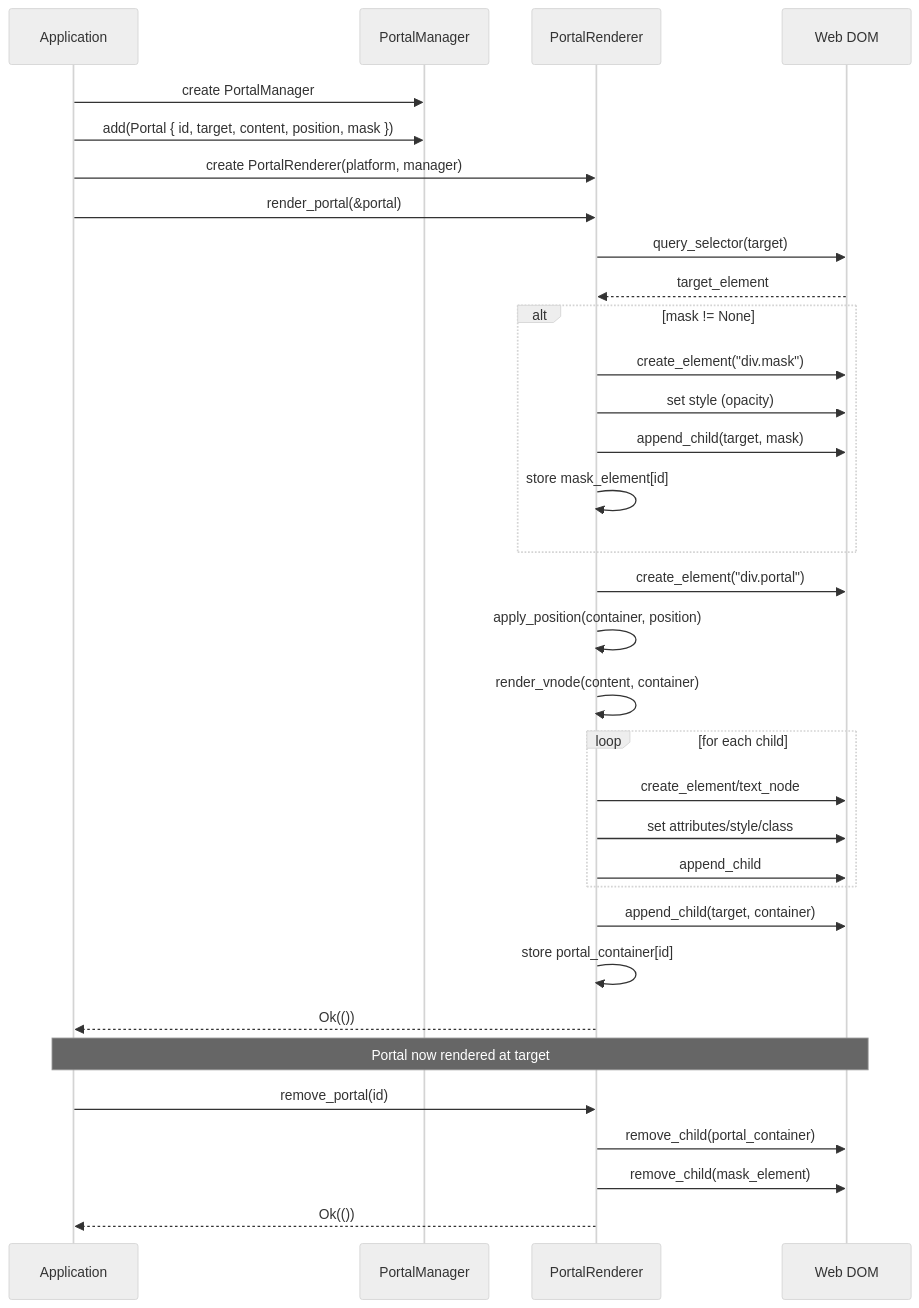
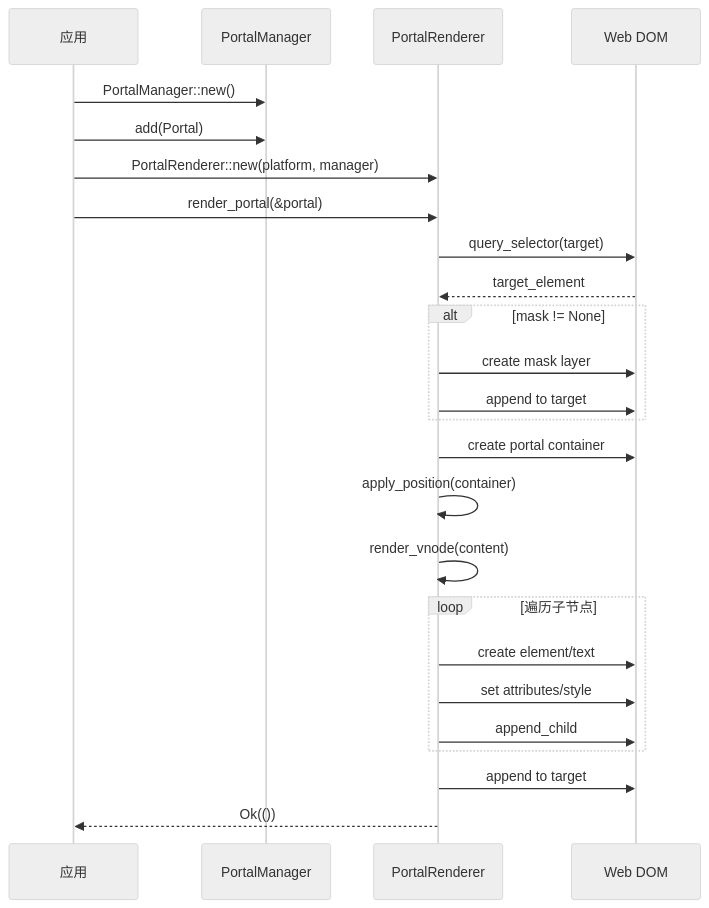
Before and after one commit to celestia-island/tairitsu: the second of 3 diagrams in PLAN.md, drawn with Mermaid (neutral theme). The commit also changed other lines of this file, not shown here.

````diff
--- a/PLAN.md
+++ b/PLAN.md
@@ -1498,44 +246,34 @@
 ```mermaid
 sequenceDiagram
-    participant App as Application
+    participant App as 应用
     participant PM as PortalManager
     participant PR as PortalRenderer
     participant DOM as Web DOM
 
-    App->>PM: create PortalManager
-    App->>PM: add(Portal { id, target, content, position, mask })
+    App->>PM: PortalManager::new()
+    App->>PM: add(Portal)
     
-    App->>PR: create PortalRenderer(platform, manager)
+    App->>PR: PortalRenderer::new(platform, manager)
     App->>PR: render_portal(&portal)
     
     PR->>DOM: query_selector(target)
     DOM-->>PR: target_element
     
     alt mask != None
-        PR->>DOM: create_element("div.mask")
-        PR->>DOM: set style (opacity)
-        PR->>DOM: append_child(target, mask)
-        PR->>PR: store mask_element[id]
+        PR->>DOM: create mask layer
+        PR->>DOM: append to target
     end
     
-    PR->>DOM: create_element("div.portal")
-    PR->>PR: apply_position(container, position)
-    PR->>PR: render_vnode(content, container)
+    PR->>DOM: create portal container
+    PR->>PR: apply_position(container)
+    PR->>PR: render_vnode(content)
     
-    loop for each child
-        PR->>DOM: create_element/text_node
-        PR->>DOM: set attributes/style/class
+    loop 遍历子节点
+        PR->>DOM: create element/text
+        PR->>DOM: set attributes/style
         PR->>DOM: append_child
     end
     
-    PR->>DOM: append_child(target, container)
-    PR->>PR: store portal_container[id]
-    PR-->>App: Ok(())
-    
-    Note over App,DOM: Portal now rendered at target
-    
-    App->>PR: remove_portal(id)
-    PR->>DOM: remove_child(portal_container)
-    PR->>DOM: remove_child(mask_element)
+    PR->>DOM: append to target
     PR-->>App: Ok(())
 ```
````
